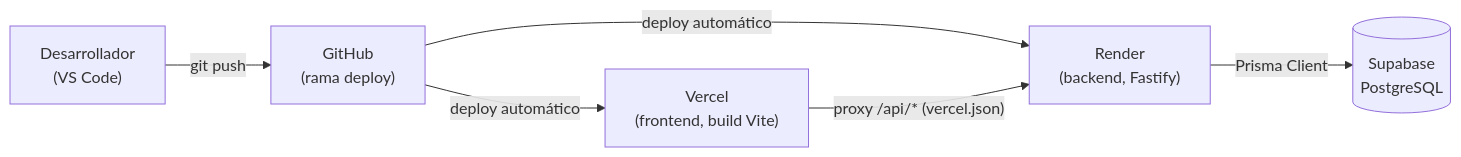
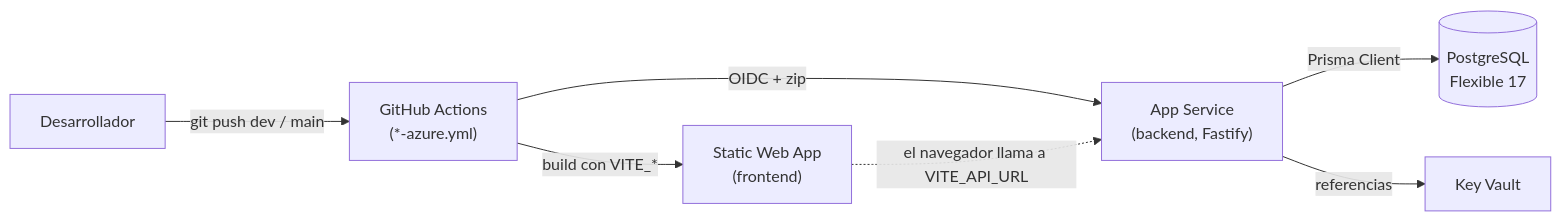
The fifth of 7 diagrams in documentacion/DOCUMENTACION_TECNICA.md (synaptica-sas/Synatrack), drawn with Mermaid before and after one commit. The commit also changed other lines of this file and 17 other files, not shown here.

First line of the commit message:
Retirar Render, Vercel y la SWA vieja del repositorio y documentar el despliegue en Azure

````diff
--- a/documentacion/DOCUMENTACION_TECNICA.md
+++ b/documentacion/DOCUMENTACION_TECNICA.md
@@ -550,8 +551,9 @@
 ```mermaid
 flowchart LR
-    Dev["Desarrollador\n(VS Code)"] -- "git push" --> GH["GitHub\n(rama deploy)"]
-    GH -- deploy automático --> Vercel["Vercel\n(frontend, build Vite)"]
-    GH -- deploy automático --> Render["Render\n(backend, Fastify)"]
-    Vercel -- "proxy /api/* (vercel.json)" --> Render
-    Render -- "Prisma Client" --> Supabase[("Supabase\nPostgreSQL")]
+    Dev["Desarrollador"] -- "git push dev / main" --> GH["GitHub Actions\n(*-azure.yml)"]
+    GH -- "OIDC + zip" --> App["App Service\n(backend, Fastify)"]
+    GH -- "build con VITE_*" --> SWA["Static Web App\n(frontend)"]
+    SWA -. "el navegador llama a VITE_API_URL" .-> App
+    App -- "Prisma Client" --> PG[("PostgreSQL\nFlexible 17")]
+    App -- "referencias" --> KV["Key Vault"]
 ```
````
